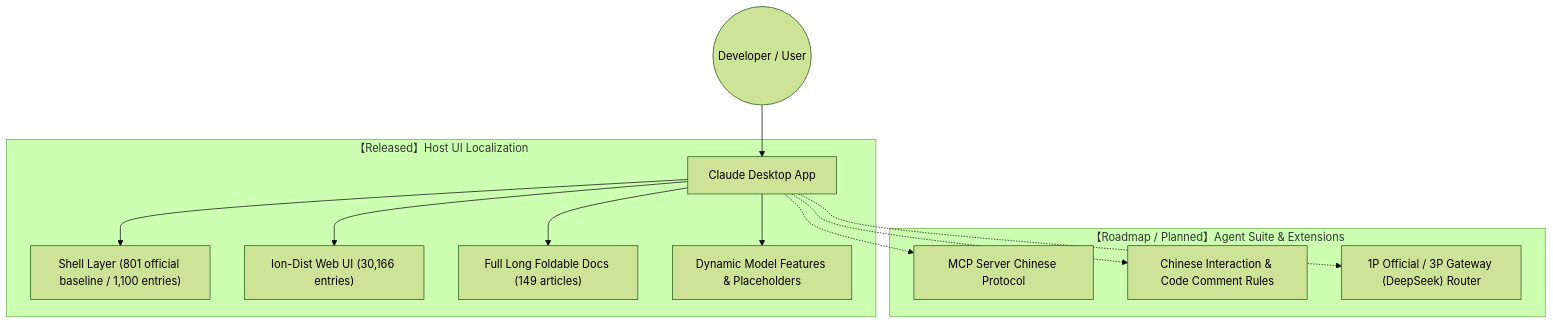
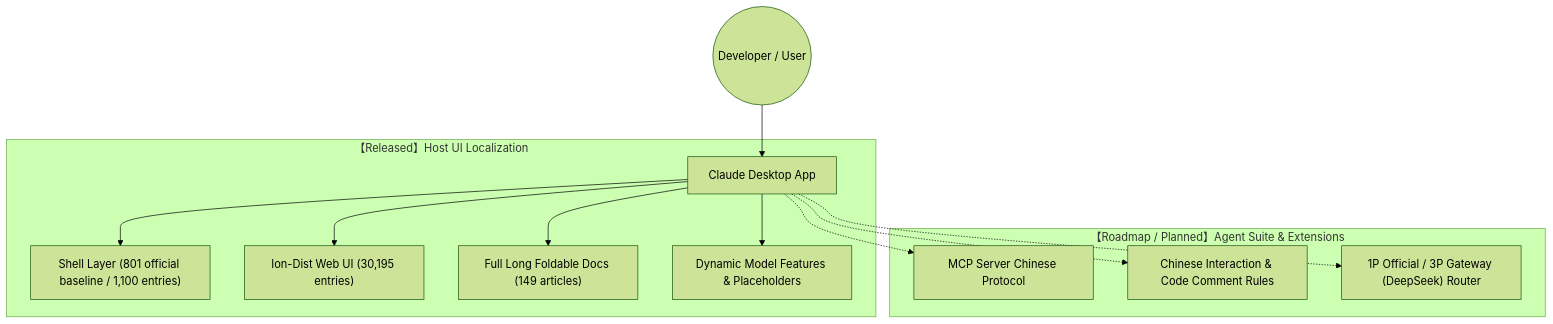
The first of 2 diagrams in README.en.md (yiheng8023/claude-chinese), drawn with Mermaid (forest theme) before and after one commit. The commit also changed other lines of this file and 4 other files, not shown here.

````diff
--- a/README.en.md
+++ b/README.en.md
@@ -43,17 +43,17 @@
 ```mermaid
 graph TD
     User((Developer / User)) --> ClaudeApp[Claude Desktop App]
     
     subgraph Mode1 ["【Released】Host UI Localization"]
         ClaudeApp --> ShellLayer["Shell Layer (801 official baseline / 1,100 entries)"]
-        ClaudeApp --> WebUILayer["Ion-Dist Web UI (30,166 entries)"]
+        ClaudeApp --> WebUILayer["Ion-Dist Web UI (30,195 entries)"]
         ClaudeApp --> LongDocsLayer["Full Long Foldable Docs (149 articles)"]
         ClaudeApp --> DynamicLayer["Dynamic Model Features & Placeholders"]
     end
     
     subgraph Mode2 ["【Roadmap / Planned】Agent Suite & Extensions"]
         ClaudeApp -.-> MCP["MCP Server Chinese Protocol"]
         ClaudeApp -.-> Rules["Chinese Interaction & Code Comment Rules"]
         ClaudeApp -.-> Switcher["1P Official / 3P Gateway (DeepSeek) Router"]
     end
 ```
````
